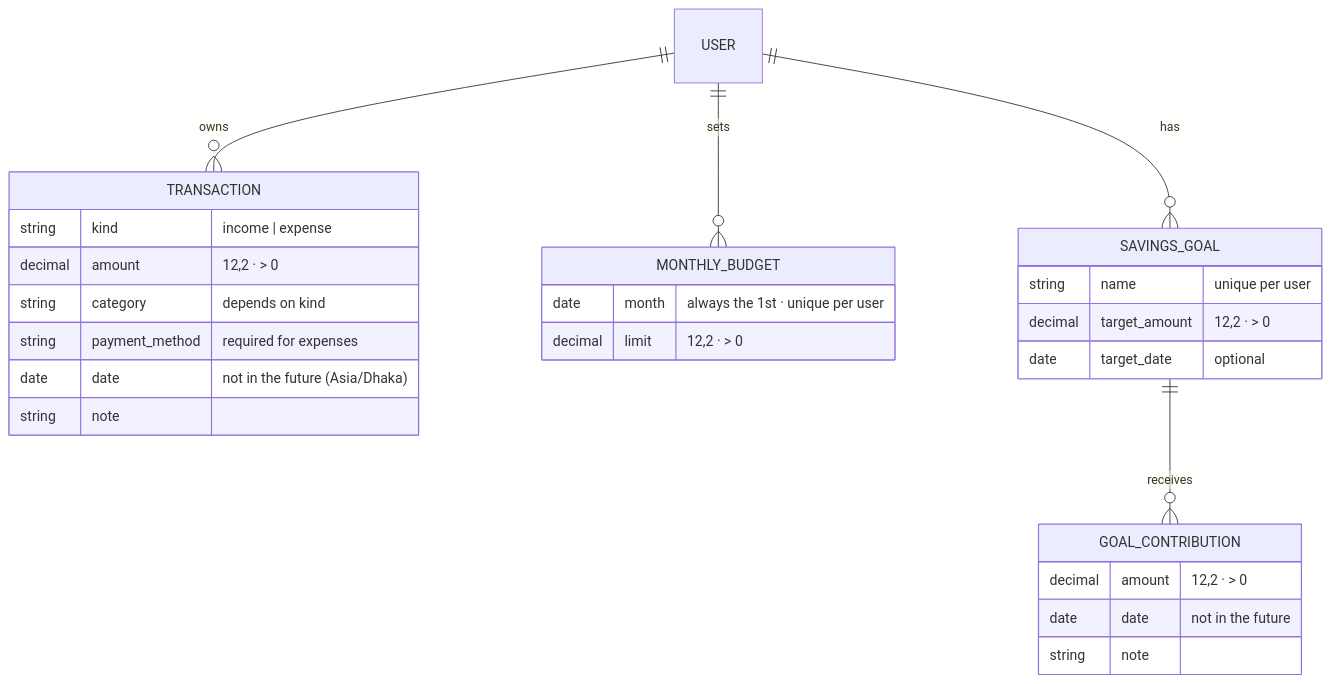
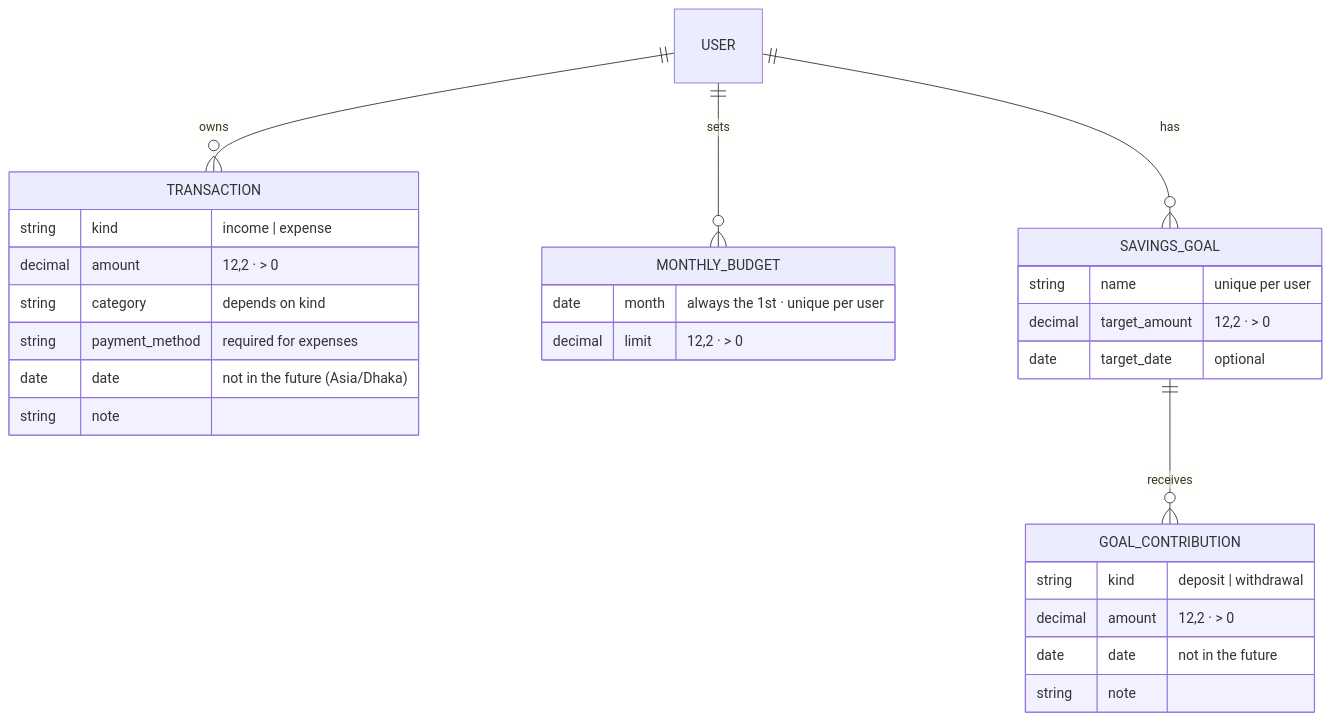
Before and after one commit to nowrinafrinn/Taka-Koi-Gelo-: the second of 2 diagrams in README.md, drawn with Mermaid. The commit also changed other lines of this file and 12 other files, not shown here.

````diff
--- a/README.md
+++ b/README.md
@@ -118,29 +119,30 @@
 ```mermaid
 erDiagram
     USER ||--o{ TRANSACTION : owns
     USER ||--o{ MONTHLY_BUDGET : sets
     TRANSACTION {
         string kind "income | expense"
         decimal amount "12,2 · > 0"
         string category "depends on kind"
         string payment_method "required for expenses"
         date date "not in the future (Asia/Dhaka)"
         string note
     }
     MONTHLY_BUDGET {
         date month "always the 1st · unique per user"
         decimal limit "12,2 · > 0"
     }
     USER ||--o{ SAVINGS_GOAL : has
     SAVINGS_GOAL ||--o{ GOAL_CONTRIBUTION : receives
     SAVINGS_GOAL {
         string name "unique per user"
         decimal target_amount "12,2 · > 0"
         date target_date "optional"
     }
     GOAL_CONTRIBUTION {
+        string kind "deposit | withdrawal"
         decimal amount "12,2 · > 0"
         date date "not in the future"
         string note
     }
 ```
````
